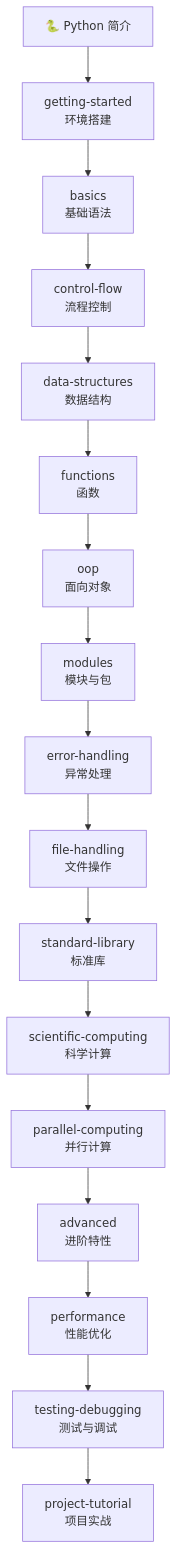
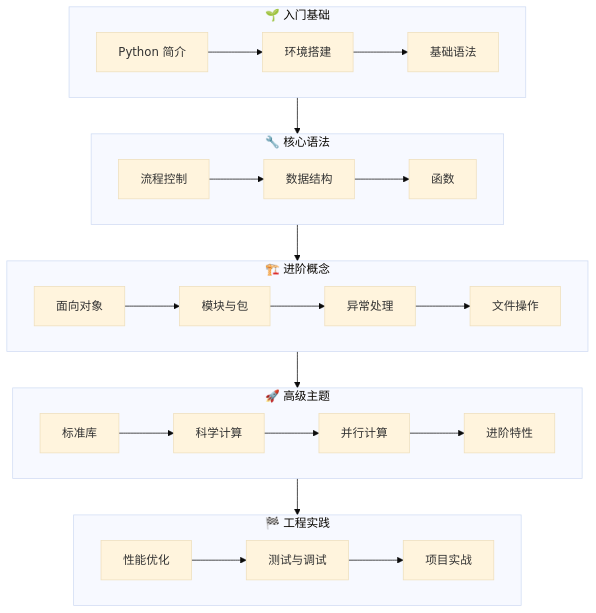
One commit to Destiny-GPU/study-python changed the diagram in docs/docs/intro.mdx. Above: the diagram before and after it, drawn with Mermaid. The commit also changed other lines of this file and 135 other files, not shown here.

````diff
--- a/docs/docs/intro.mdx
+++ b/docs/docs/intro.mdx
@@ -219,19 +218,28 @@
 ```mermaid
+%%{init: {'theme': 'base', 'themeVariables': {'fontSize': '16px', 'subGraphTitleFontSize': '18px'}}}%%
 flowchart TD
-    A["🐍 Python 简介"] --> B["getting-started<br/>环境搭建"]
-    B --> C["basics<br/>基础语法"]
-    C --> D["control-flow<br/>流程控制"]
-    D --> E["data-structures<br/>数据结构"]
-    E --> F["functions<br/>函数"]
-    F --> G["oop<br/>面向对象"]
-    G --> H["modules<br/>模块与包"]
-    H --> I["error-handling<br/>异常处理"]
-    I --> J["file-handling<br/>文件操作"]
-    J --> K["standard-library<br/>标准库"]
-    K --> L["scientific-computing<br/>科学计算"]
-    L --> M["parallel-computing<br/>并行计算"]
-    M --> N["advanced<br/>进阶特性"]
-    N --> O["performance<br/>性能优化"]
-    O --> P["testing-debugging<br/>测试与调试"]
-    P --> Q["project-tutorial<br/>项目实战"]
+    subgraph S1["🌱 入门基础"]
+        direction LR
+        A["Python 简介"] --> B["环境搭建"] --> C["基础语法"]
+    end
+    subgraph S2["🔧 核心语法"]
+        direction LR
+        D["流程控制"] --> E["数据结构"] --> F["函数"]
+    end
+    subgraph S3["🏗️ 进阶概念"]
+        direction LR
+        G["面向对象"] --> H["模块与包"] --> I["异常处理"] --> J["文件操作"]
+    end
+    subgraph S4["🚀 高级主题"]
+        direction LR
+        K["标准库"] --> L["科学计算"] --> M["并行计算"] --> N["进阶特性"]
+    end
+    subgraph S5["🏁 工程实践"]
+        direction LR
+        O["性能优化"] --> P["测试与调试"] --> Q["项目实战"]
+    end
+    C --> D
+    F --> G
+    J --> K
+    N --> O
 ```
````
